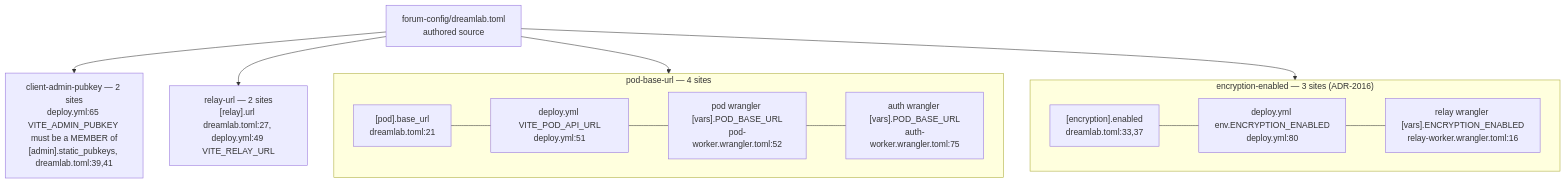
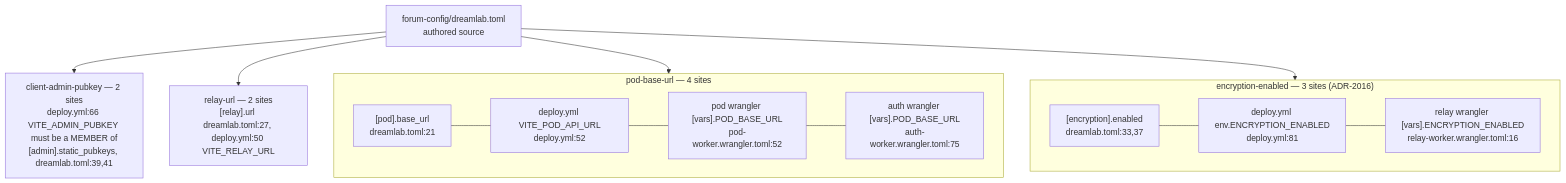
Before and after one commit to DreamLab-AI/VisionFlow: the fifth of 10 diagrams in docs/diagrams/dreamlab-ai-website/03-forum-config-overlay-zones-admin-kv-sync.md, drawn with Mermaid. The commit also changed other lines of this file and 94 other files, not shown here.

First line of the commit message:
docs(diagrams): re-verify 130 topics against 2 October HEADs

````diff
--- a/docs/diagrams/dreamlab-ai-website/03-forum-config-overlay-zones-admin-kv-sync.md
+++ b/docs/diagrams/dreamlab-ai-website/03-forum-config-overlay-zones-admin-kv-sync.md
@@ -114,15 +116,15 @@
 ```mermaid
 flowchart TB
     T["forum-config/dreamlab.toml<br/>authored source"] --> M4
     subgraph M4["pod-base-url — 4 sites"]
         direction LR
-        P1["[pod].base_url<br/>dreamlab.toml:21"] --- P2["deploy.yml VITE_POD_API_URL<br/>deploy.yml:51"] --- P3["pod wrangler [vars].POD_BASE_URL<br/>pod-worker.wrangler.toml:52"] --- P4["auth wrangler [vars].POD_BASE_URL<br/>auth-worker.wrangler.toml:75"]
+        P1["[pod].base_url<br/>dreamlab.toml:21"] --- P2["deploy.yml VITE_POD_API_URL<br/>deploy.yml:52"] --- P3["pod wrangler [vars].POD_BASE_URL<br/>pod-worker.wrangler.toml:52"] --- P4["auth wrangler [vars].POD_BASE_URL<br/>auth-worker.wrangler.toml:75"]
     end
-    T --> M5["client-admin-pubkey — 2 sites<br/>deploy.yml:65 VITE_ADMIN_PUBKEY must be a MEMBER of<br/>[admin].static_pubkeys, dreamlab.toml:39,41"]
-    T --> M6["relay-url — 2 sites<br/>[relay].url dreamlab.toml:27, deploy.yml:49 VITE_RELAY_URL"]
+    T --> M5["client-admin-pubkey — 2 sites<br/>deploy.yml:66 VITE_ADMIN_PUBKEY must be a MEMBER of<br/>[admin].static_pubkeys, dreamlab.toml:39,41"]
+    T --> M6["relay-url — 2 sites<br/>[relay].url dreamlab.toml:27, deploy.yml:50 VITE_RELAY_URL"]
     T --> M7
     subgraph M7["encryption-enabled — 3 sites (ADR-2016)"]
         direction LR
-        E1["[encryption].enabled<br/>dreamlab.toml:33,37"] --- E2["deploy.yml env.ENCRYPTION_ENABLED<br/>deploy.yml:80"] --- E3["relay wrangler [vars].ENCRYPTION_ENABLED<br/>relay-worker.wrangler.toml:16"]
+        E1["[encryption].enabled<br/>dreamlab.toml:33,37"] --- E2["deploy.yml env.ENCRYPTION_ENABLED<br/>deploy.yml:81"] --- E3["relay wrangler [vars].ENCRYPTION_ENABLED<br/>relay-worker.wrangler.toml:16"]
     end
 ```
````
